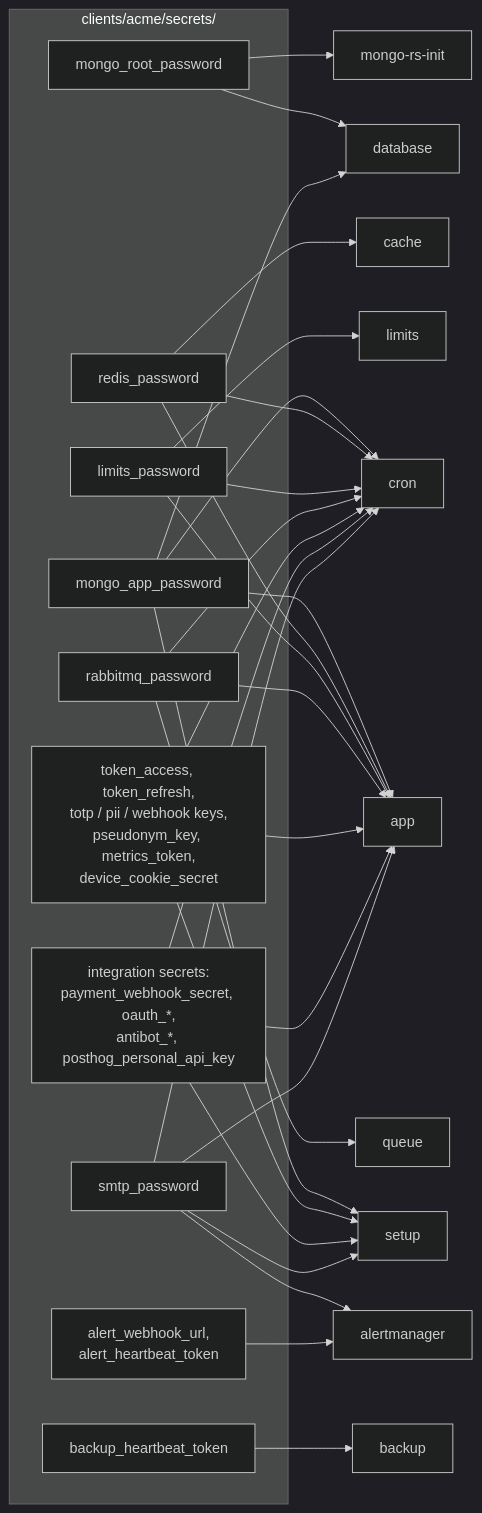
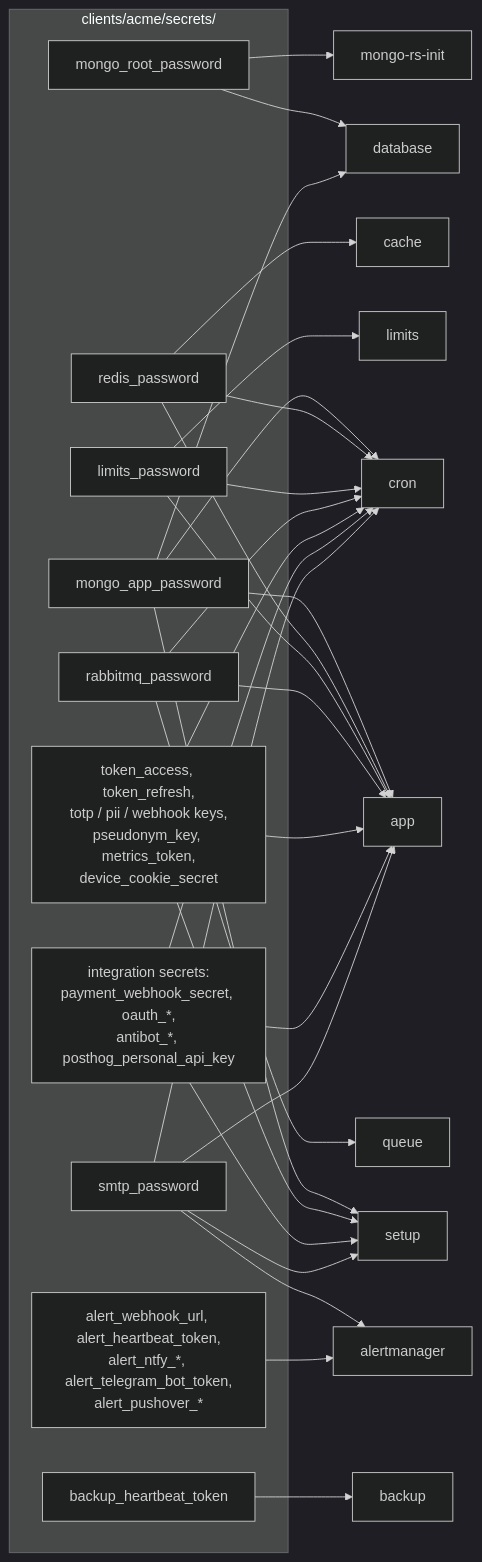
Before and after one commit to Guebbit/boilerplate-node-backend: the second of 2 diagrams in docs/operate/first-deploy.md, drawn with Mermaid (dark theme). The commit also changed other lines of this file and 16 other files, not shown here.

````diff
--- a/docs/operate/first-deploy.md
+++ b/docs/operate/first-deploy.md
@@ -80,42 +80,42 @@
 ```mermaid
 flowchart LR
     subgraph files["clients/acme/secrets/"]
         root["mongo_root_password"]
         appdb["mongo_app_password"]
         redis["redis_password"]
         limits_file["limits_password"]
         rabbit["rabbitmq_password"]
         keys["token_access, token_refresh,<br/>totp / pii / webhook keys,<br/>pseudonym_key, metrics_token,<br/>device_cookie_secret"]
         integrations["integration secrets:<br/>payment_webhook_secret, oauth_*,<br/>antibot_*, posthog_personal_api_key"]
         smtp["smtp_password"]
-        alerts["alert_webhook_url,<br/>alert_heartbeat_token"]
+        alerts["alert_webhook_url, alert_heartbeat_token,<br/>alert_ntfy_*, alert_telegram_bot_token,<br/>alert_pushover_*"]
         beat["backup_heartbeat_token"]
     end
     root --> database
     root --> rsinit["mongo-rs-init"]
     appdb --> database
     appdb --> app
     appdb --> cron
     appdb --> setup
     redis --> cache
     redis --> app
     redis --> cron
     limits_file --> limits
     limits_file --> app
     limits_file --> cron
     rabbit --> queue
     rabbit --> app
     rabbit --> cron
     keys --> app
     keys --> cron
     keys --> setup
     integrations --> app
     integrations --> cron
     integrations --> setup
     smtp --> app
     smtp --> cron
     smtp --> setup
     smtp --> alertmanager
     alerts --> alertmanager
     beat --> backup
 ```
````
